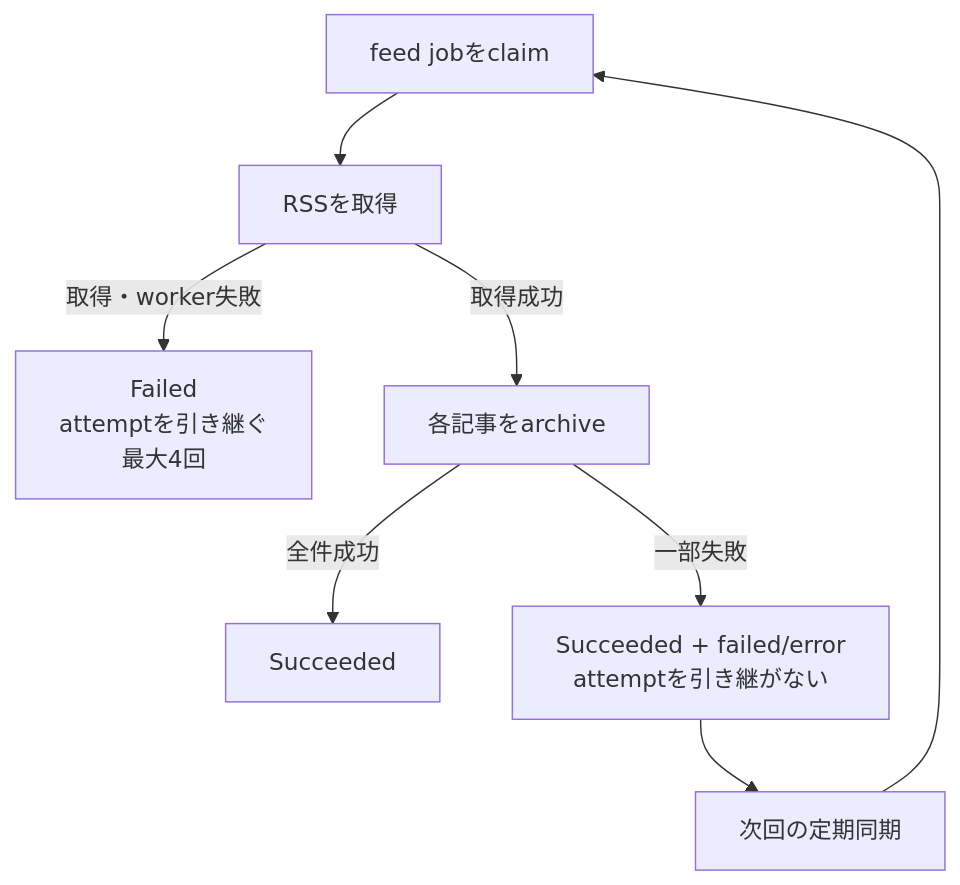
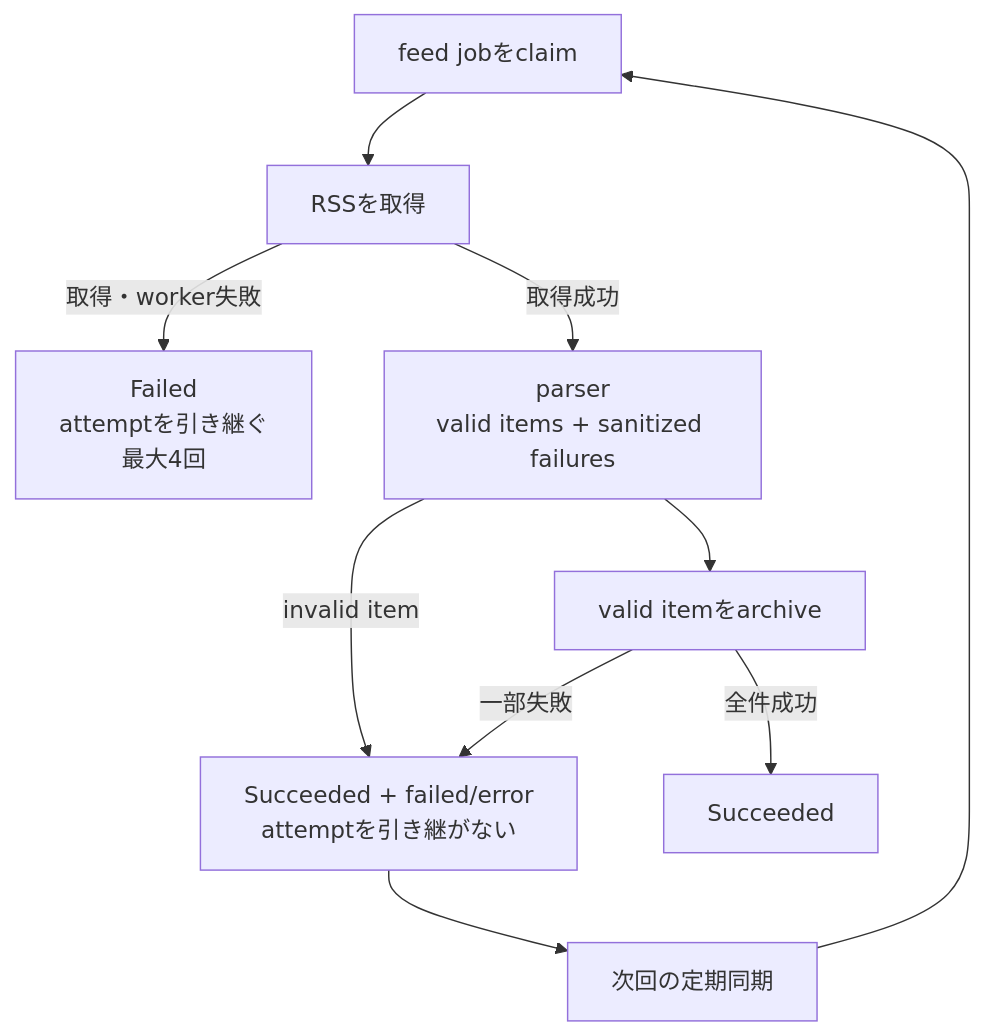
Before and after one commit to r4ai/news-podcast: the diagram in docs/adr/0068-isolate-feed-item-sync-failures.md, drawn with Mermaid. The commit also changed other lines of this file and 11 other files, not shown here.

````diff
--- a/docs/adr/0068-isolate-feed-item-sync-failures.md
+++ b/docs/adr/0068-isolate-feed-item-sync-failures.md
@@ -20,10 +23,12 @@
 ```mermaid
 flowchart TD
   Claim["feed jobをclaim"] --> Poll["RSSを取得"]
   Poll -->|取得・worker失敗| FeedFailed["Failed<br/>attemptを引き継ぐ<br/>最大4回"]
-  Poll -->|取得成功| Items["各記事をarchive"]
+  Poll -->|取得成功| Parse["parser<br/>valid items + sanitized failures"]
+  Parse --> Items["valid itemをarchive"]
+  Parse -->|invalid item| Degraded
   Items -->|全件成功| Success["Succeeded"]
   Items -->|一部失敗| Degraded["Succeeded + failed/error<br/>attemptを引き継がない"]
   Degraded --> Schedule["次回の定期同期"]
   Schedule --> Claim
 ```
````
